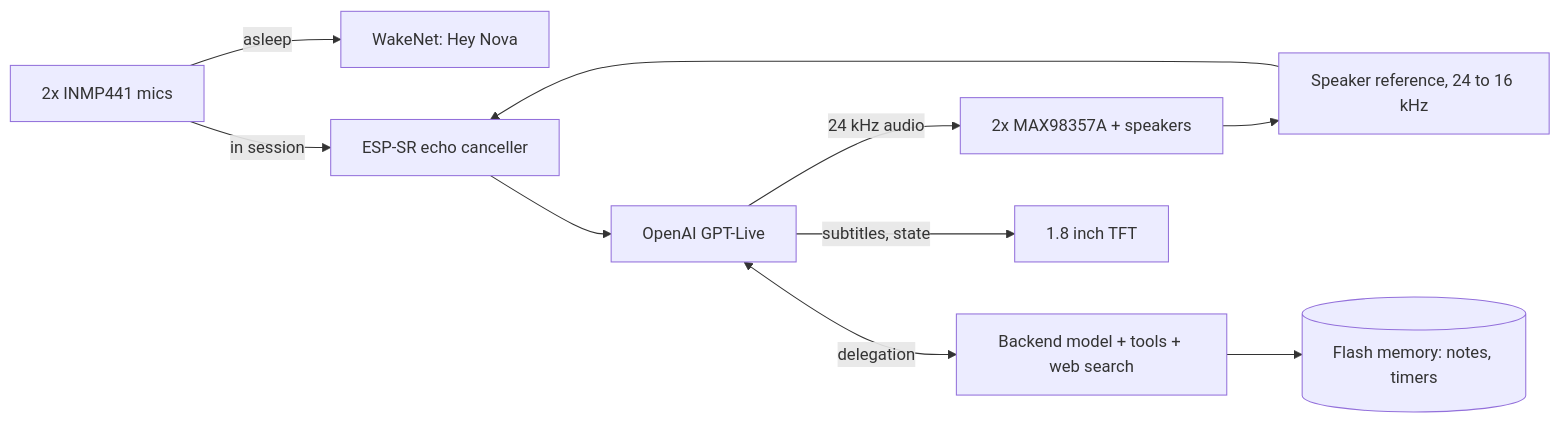
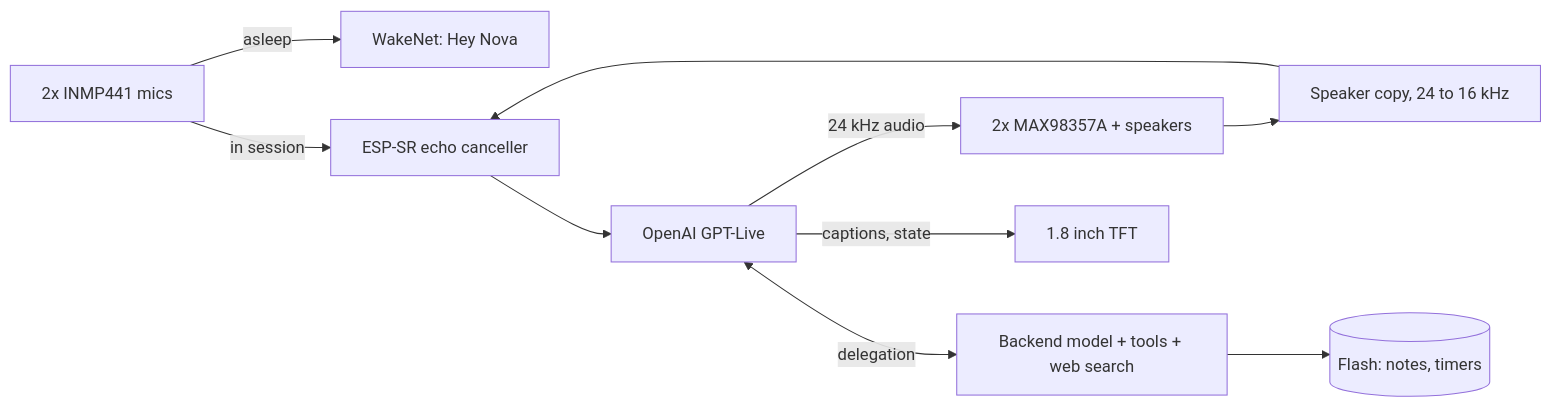
One commit to ntogou/nova-v2 changed the diagram in README.md. Above: the diagram before and after it, drawn with Mermaid. The commit also changed other lines of this file and 15 other files, not shown here.

````diff
--- a/README.md
+++ b/README.md
@@ -29,12 +31,12 @@
 ```mermaid
 flowchart LR
     MIC["2x INMP441 mics"] -->|asleep| WAKE["WakeNet: Hey Nova"]
     MIC -->|in session| AEC["ESP-SR echo canceller"]
-    REF["Speaker reference, 24 to 16 kHz"] --> AEC
+    REF["Speaker copy, 24 to 16 kHz"] --> AEC
     AEC --> LIVE["OpenAI GPT-Live"]
     LIVE -->|24 kHz audio| SPK["2x MAX98357A + speakers"]
     SPK --> REF
     LIVE <-->|delegation| BACK["Backend model + tools + web search"]
-    BACK --> MEM[("Flash memory: notes, timers")]
-    LIVE -->|subtitles, state| TFT["1.8 inch TFT"]
+    BACK --> MEM[("Flash: notes, timers")]
+    LIVE -->|captions, state| TFT["1.8 inch TFT"]
 ```
````
